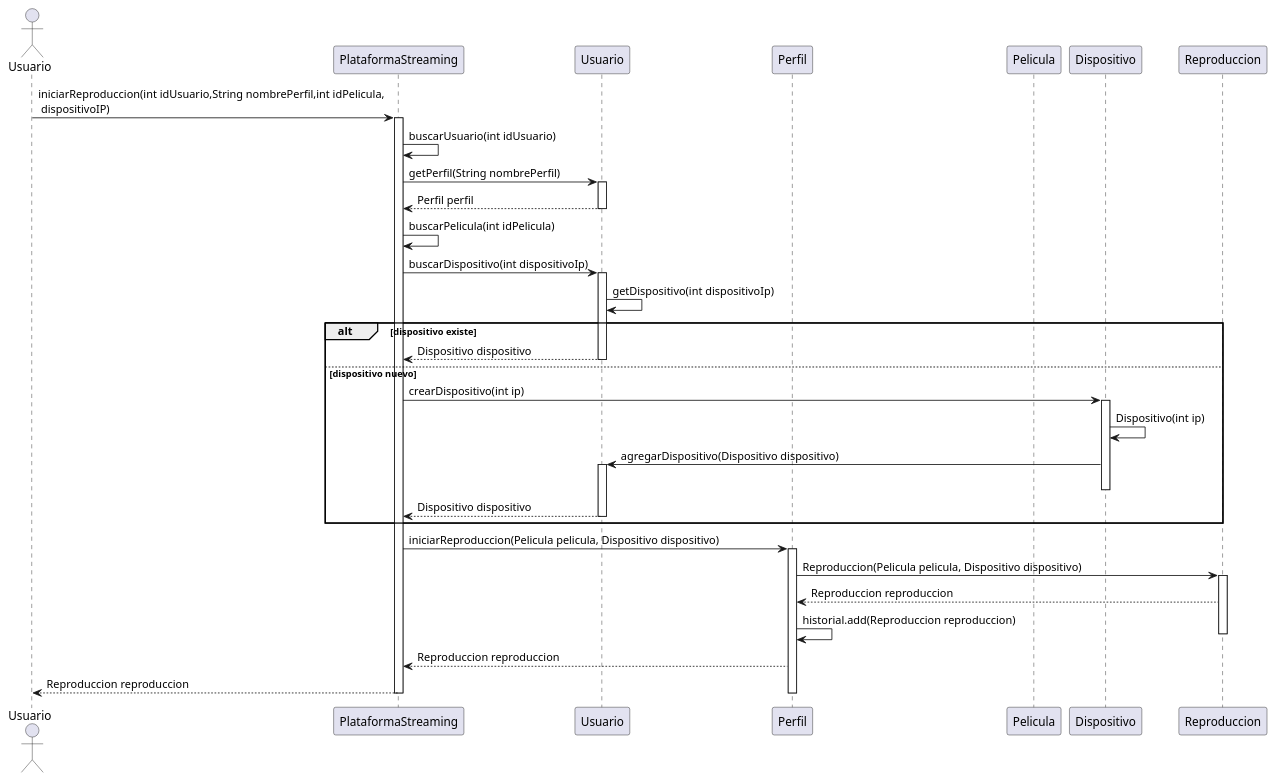
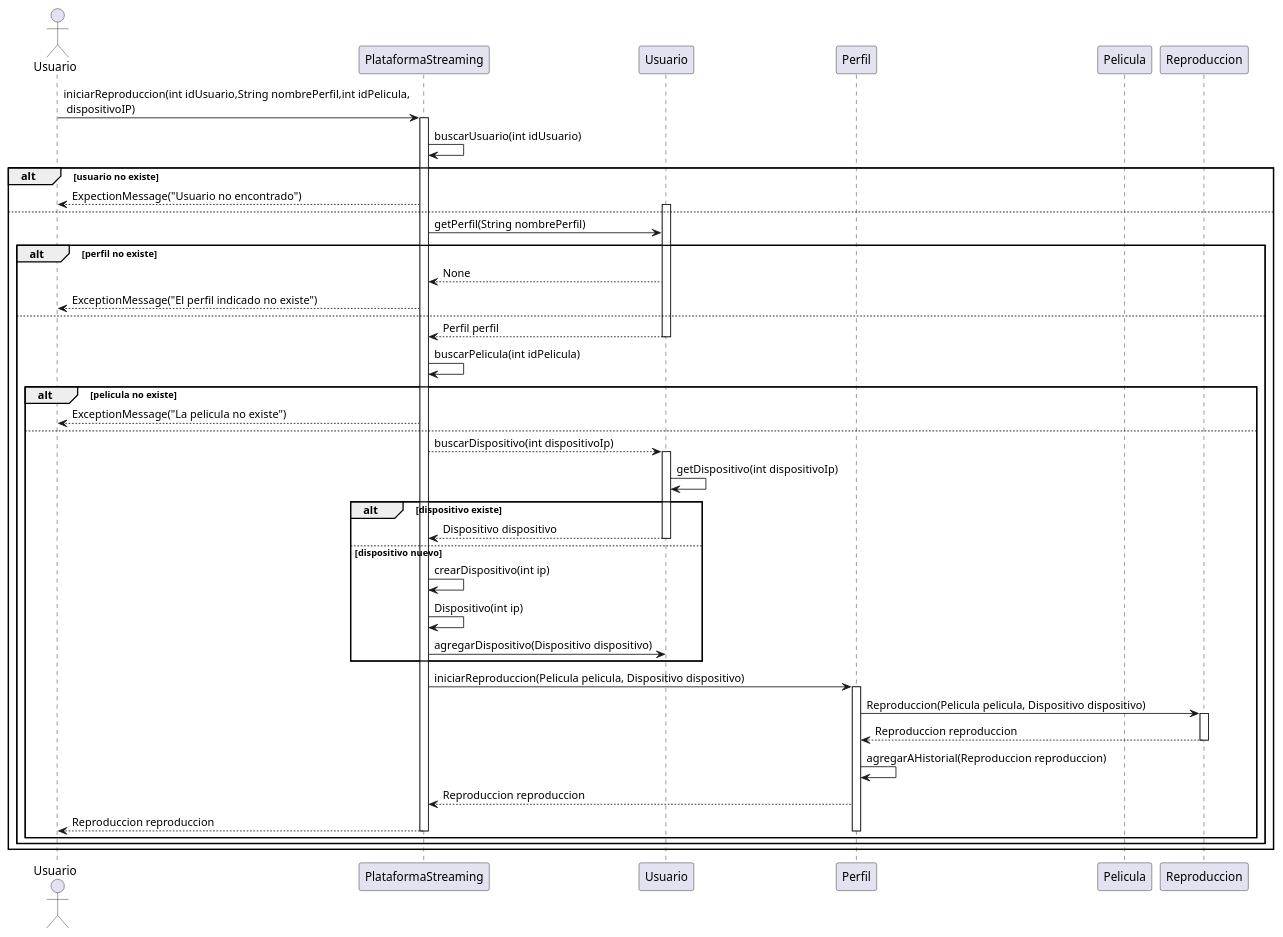
Before and after one commit to bernardoFac/poo_tn_25_1c: the diagram in reformRecuSec.puml, drawn with PlantUML. The commit also changed 5 other files, not shown here.

```diff
--- a/reformRecuSec.puml
+++ b/reformRecuSec.puml
@@ -1,48 +1,53 @@
 @startuml
 actor Usuario
 participant PlataformaStreaming as PS
 participant Usuario       as U
 participant Perfil        as P
 participant Pelicula      as M
-participant Dispositivo   as D
 participant Reproduccion  as R
 
 Usuario -> PS : iniciarReproduccion(int idUsuario,String nombrePerfil,int idPelicula,\n dispositivoIP)
 activate PS
 PS -> PS : buscarUsuario(int idUsuario)
+alt usuario no existe
+PS-->Usuario: ExpectionMessage("Usuario no encontrado")
+else
+activate U
 PS -> U  : getPerfil(String nombrePerfil)
-activate U
+alt perfil no existe
+U -->PS: None
+PS --> Usuario:ExceptionMessage("El perfil indicado no existe")
+else
 U --> PS  : Perfil perfil
 deactivate U
 
 PS -> PS : buscarPelicula(int idPelicula)
-PS -> U : buscarDispositivo(int dispositivoIp)
+alt pelicula no existe
+PS -->Usuario: ExceptionMessage("La pelicula no existe")
+else
+    PS--> U : buscarDispositivo(int dispositivoIp)
 activate U
 U->U: getDispositivo(int dispositivoIp)
 alt dispositivo existe
     U --> PS  : Dispositivo dispositivo
     deactivate U
 else dispositivo nuevo
-    PS -> D : crearDispositivo(int ip)
-    activate D
-    D -> D  : Dispositivo(int ip)
-    D->U: agregarDispositivo(Dispositivo dispositivo)
-    activate U
-    deactivate D
-    U-->PS: Dispositivo dispositivo
-    deactivate U
+    PS -> PS : crearDispositivo(int ip)
+    PS -> PS: Dispositivo(int ip)
+    PS->U: agregarDispositivo(Dispositivo dispositivo)
 end
-
 PS -> P : iniciarReproduccion(Pelicula pelicula, Dispositivo dispositivo)
 activate P
 P -> R : Reproduccion(Pelicula pelicula, Dispositivo dispositivo)
 activate R
 R --> P: Reproduccion reproduccion
-P->P: historial.add(Reproduccion reproduccion)
 deactivate R
+P->P: agregarAHistorial(Reproduccion reproduccion)
 P-->PS: Reproduccion reproduccion
 PS --> Usuario : Reproduccion reproduccion
 deactivate P
-
 deactivate PS
+end
+end
+end
 @enduml
```
